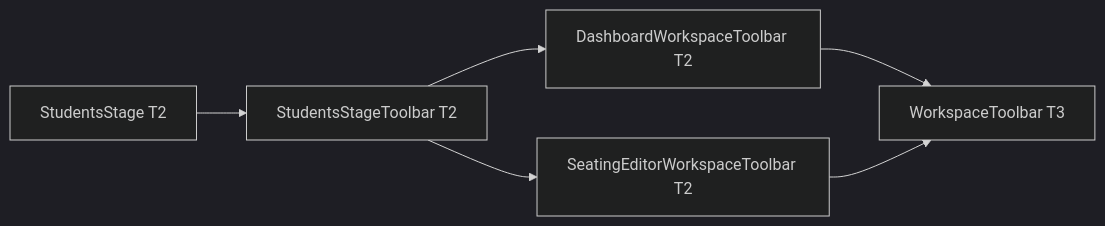
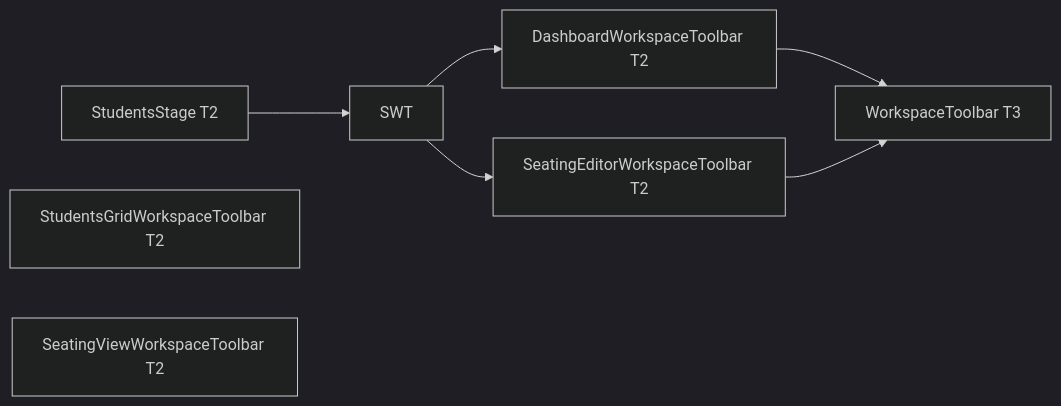
One commit to kisdreamteam/KIS-Points-V2-Live changed the second of 3 diagrams in docs/architecture-plan.md. Above: the diagram before and after it, drawn with Mermaid (dark theme). The commit also changed other lines of this file and 17 other files, not shown here.

````diff
--- a/docs/architecture-plan.md
+++ b/docs/architecture-plan.md
@@ -156,13 +156,14 @@
 ```mermaid
 flowchart LR
   SW[StudentsStage T2]
-  SWT[StudentsStageToolbar T2]
+  SGT[StudentsGridWorkspaceToolbar T2]
+  SVT[SeatingViewWorkspaceToolbar T2]
   DWT[DashboardWorkspaceToolbar T2]
   SEWT[SeatingEditorWorkspaceToolbar T2]
   WT[WorkspaceToolbar T3]
   SW --> SWT
   SWT --> DWT
   SWT --> SEWT
   DWT --> WT
   SEWT --> WT
 ```
````
